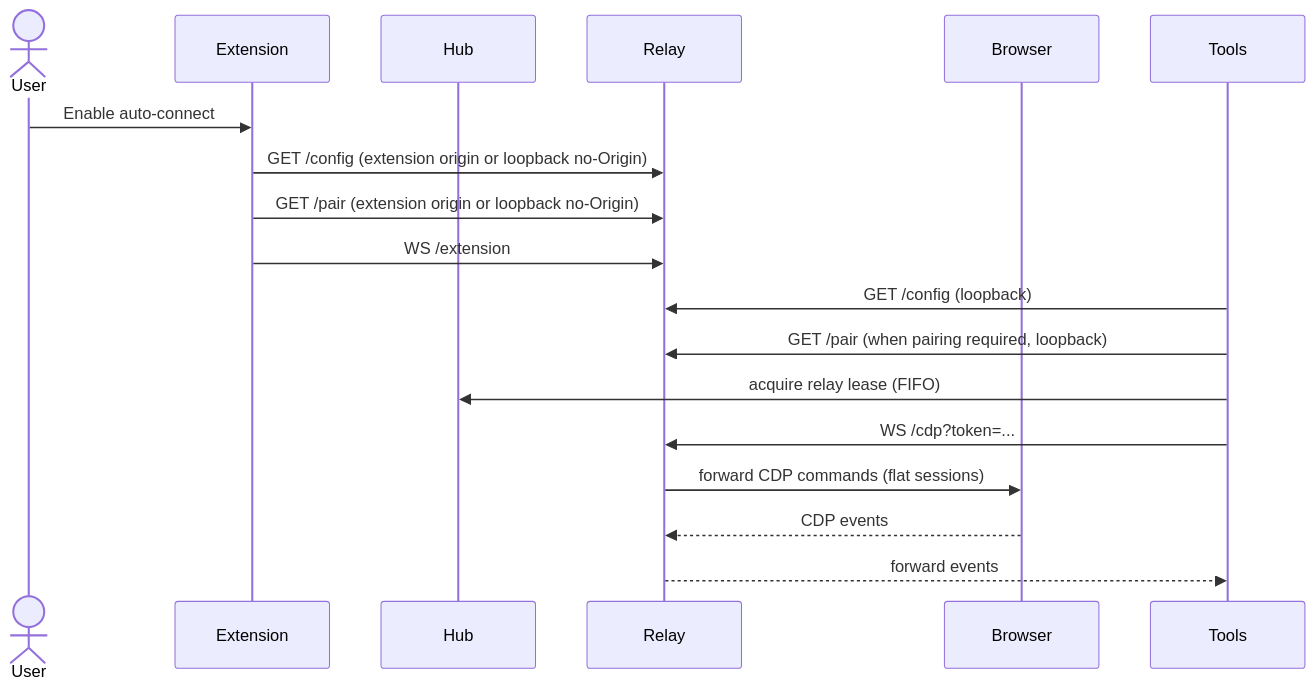
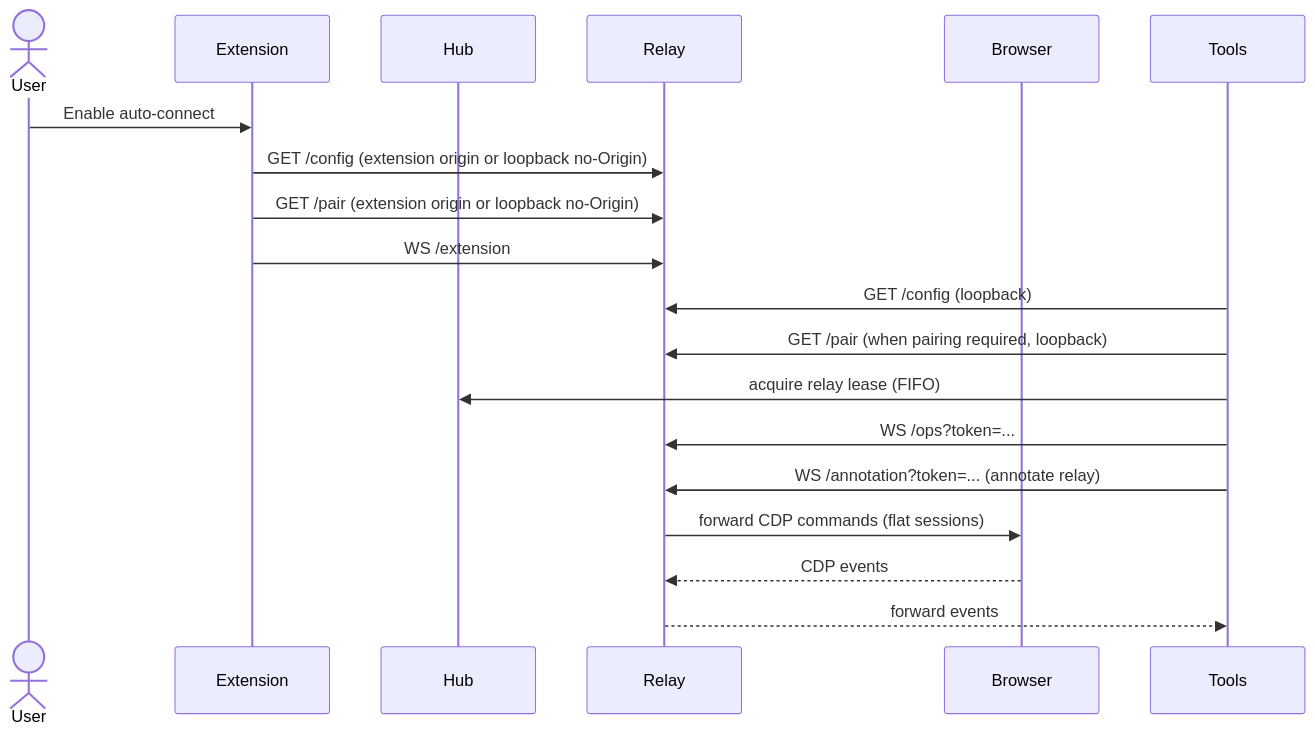
The third of 3 diagrams in docs/ARCHITECTURE.md (freshtechbro/opendevbrowser), drawn with Mermaid before and after one commit. The commit also changed other lines of this file and 116 other files, not shown here.

First line of the commit message:
feat: Add ops parity/E2E coverage (daemon+relay)

````diff
--- a/docs/ARCHITECTURE.md
+++ b/docs/ARCHITECTURE.md
@@ -93,21 +100,22 @@
 ```mermaid
 sequenceDiagram
   actor User
   participant Extension
   participant Hub
   participant Relay
   participant Browser
   participant Tools
 
   User->>Extension: Enable auto-connect
   Extension->>Relay: GET /config (extension origin or loopback no-Origin)
   Extension->>Relay: GET /pair (extension origin or loopback no-Origin)
   Extension->>Relay: WS /extension
   Tools->>Relay: GET /config (loopback)
   Tools->>Relay: GET /pair (when pairing required, loopback)
   Tools->>Hub: acquire relay lease (FIFO)
-  Tools->>Relay: WS /cdp?token=...
+  Tools->>Relay: WS /ops?token=...
+  Tools->>Relay: WS /annotation?token=... (annotate relay)
   Relay->>Browser: forward CDP commands (flat sessions)
   Browser-->>Relay: CDP events
   Relay-->>Tools: forward events
 ```
````
